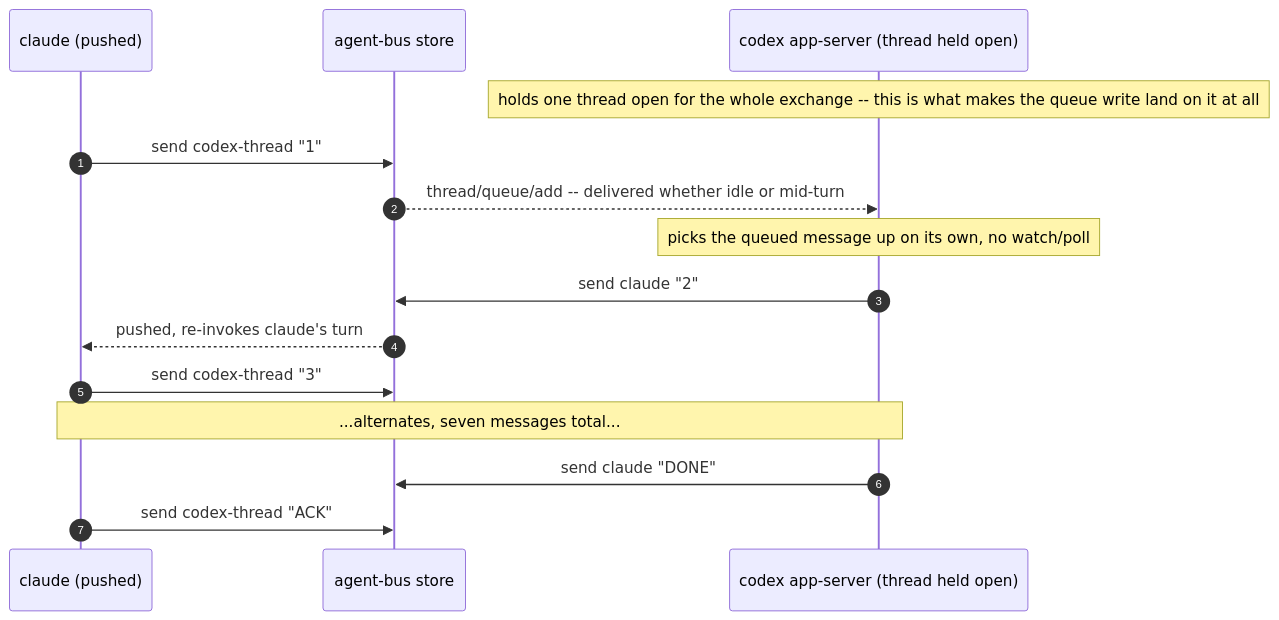
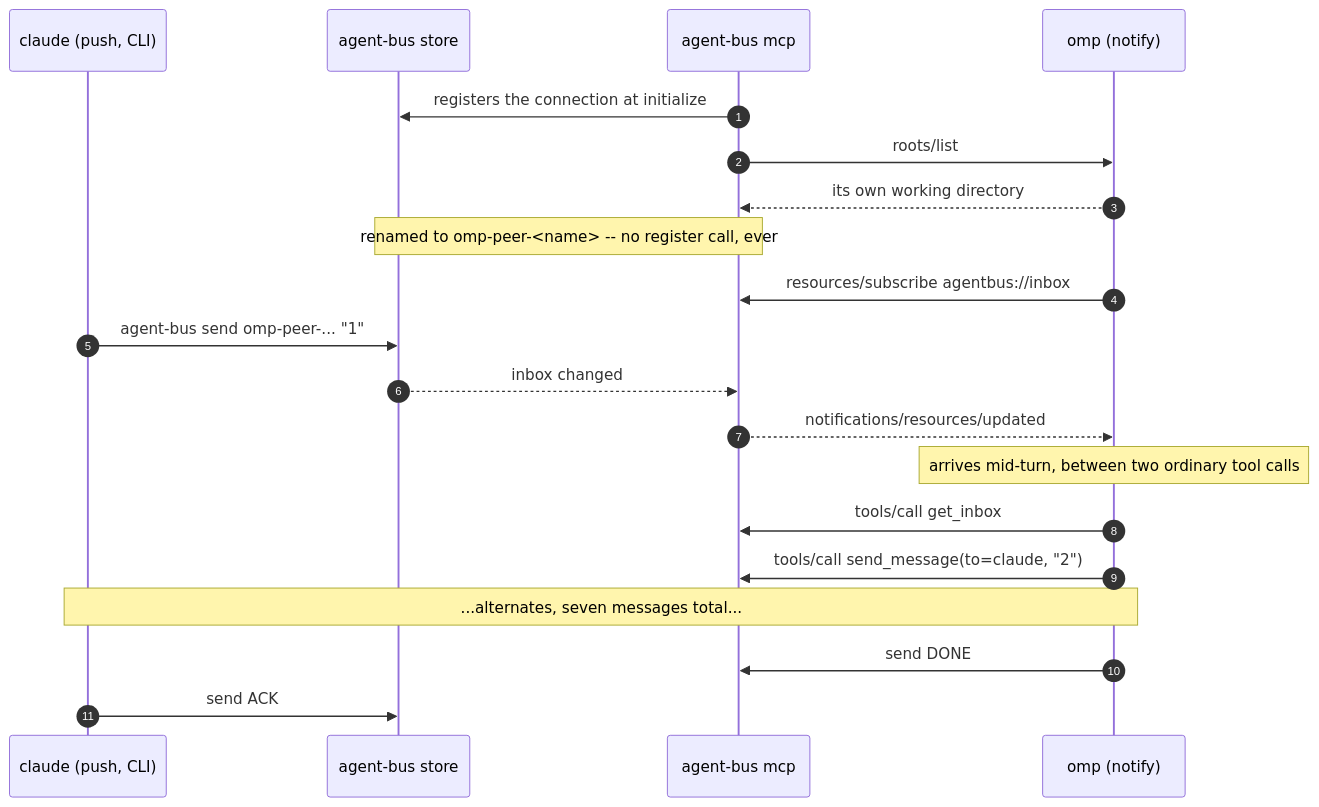
Before and after one commit to danbarua/agent-bus: the first of 3 diagrams in tests/agent_bus/integration/test_two_agents_hold_a_conversation.md, drawn with Mermaid. The commit also changed other lines of this file and 12 other files, not shown here.

First line of the commit message:
docs+e2e: re-capture the diagrams, and fix the wireup they exposed (#334)

````diff
--- a/tests/agent_bus/integration/test_two_agents_hold_a_conversation.md
+++ b/tests/agent_bus/integration/test_two_agents_hold_a_conversation.md
@@ -41,18 +63,23 @@
 ```mermaid
 sequenceDiagram
     autonumber
-    participant claude as claude (pushed)
+    participant claude as claude (push, CLI)
     participant bus as agent-bus store
-    participant codex as codex app-server (thread held open)
+    participant mcp as agent-bus mcp
+    participant omp as omp (notify)
 
-    Note over codex: holds one thread open for the whole exchange -- this is what makes the queue write land on it at all
-    claude->>bus: send codex-thread "1"
-    bus-->>codex: thread/queue/add -- delivered whether idle or mid-turn
-    Note over codex: picks the queued message up on its own, no watch/poll
-    codex->>bus: send claude "2"
-    bus-->>claude: pushed, re-invokes claude's turn
-    claude->>bus: send codex-thread "3"
-    Note over claude,codex: ...alternates, seven messages total...
-    codex->>bus: send claude "DONE"
-    claude->>bus: send codex-thread "ACK"
+    mcp->>bus: registers the connection at initialize
+    mcp->>omp: roots/list
+    omp-->>mcp: its own working directory
+    Note over mcp,bus: renamed to omp-peer-<name> -- no register call, ever
+    omp->>mcp: resources/subscribe agentbus://inbox
+    claude->>bus: agent-bus send omp-peer-... "1"
+    bus-->>mcp: inbox changed
+    mcp-->>omp: notifications/resources/updated
+    Note over omp: arrives mid-turn, between two ordinary tool calls
+    omp->>mcp: tools/call get_inbox
+    omp->>mcp: tools/call send_message(to=claude, "2")
+    Note over claude,omp: ...alternates, seven messages total...
+    omp->>mcp: send DONE
+    claude->>bus: send ACK
 ```
````
